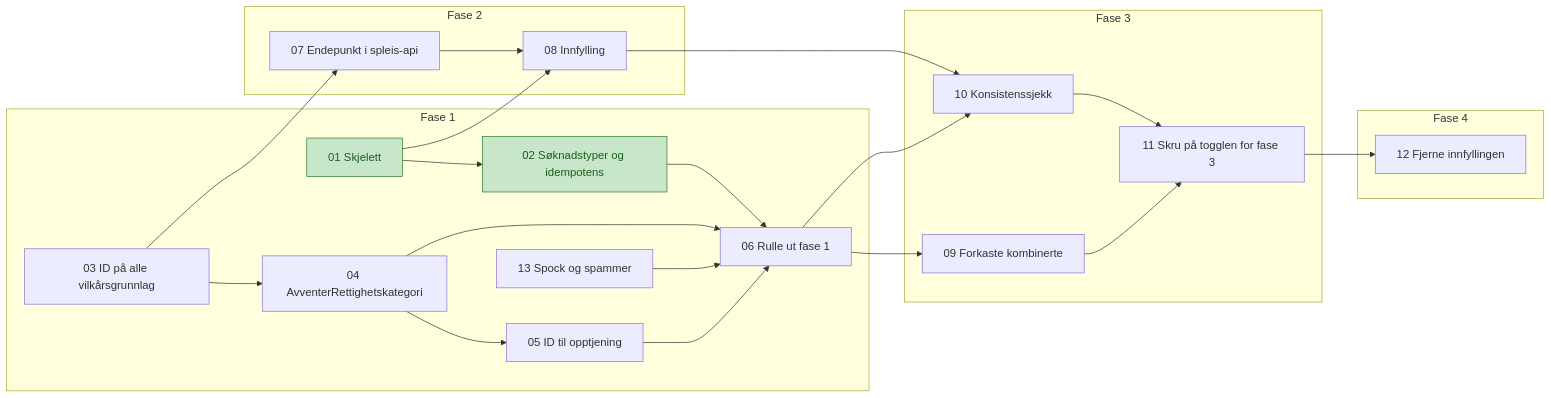
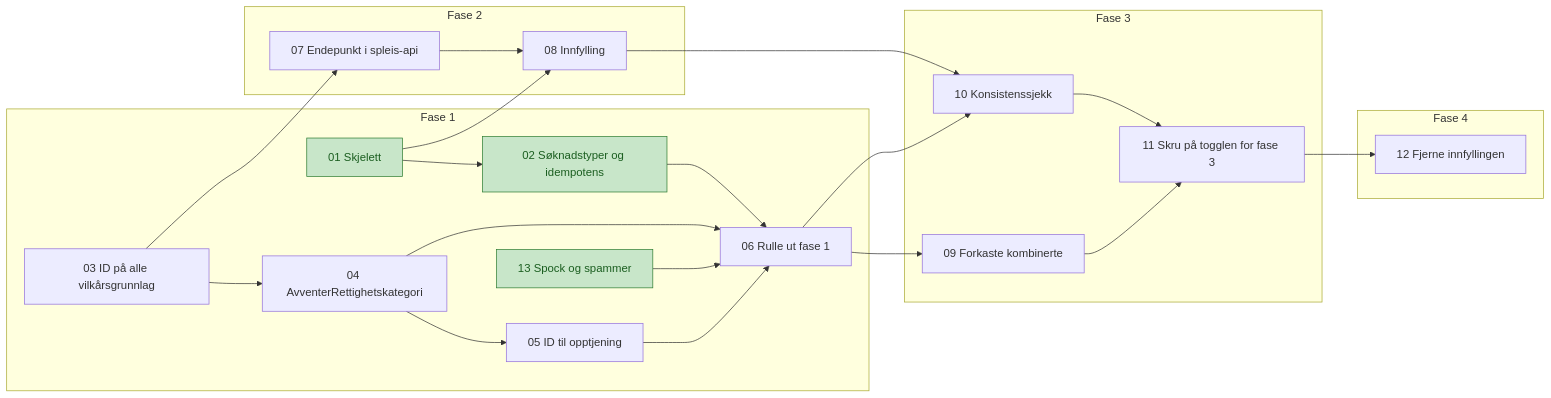
The diagram in docs/tickets/avklare-rettighetskategori/index.md (navikt/helse-sas-meta), drawn with Mermaid before and after one commit. The commit also changed other lines of this file and 1 other file, not shown here.

Commit message:
✅ Ticket 13 for rettighetskategori er ferdig

````diff
--- a/docs/tickets/avklare-rettighetskategori/index.md
+++ b/docs/tickets/avklare-rettighetskategori/index.md
@@ -21,31 +21,31 @@
 ```mermaid
 flowchart LR
     subgraph F1[Fase 1]
         T01[01 Skjelett] --> T02[02 Søknadstyper og idempotens]
         T03[03 ID på alle vilkårsgrunnlag] --> T04[04 AvventerRettighetskategori]
         T04 --> T05[05 ID til opptjening]
         T02 --> T06[06 Rulle ut fase 1]
         T04 --> T06
         T05 --> T06
         T13[13 Spock og spammer] --> T06
     end
     subgraph F2[Fase 2]
         T07[07 Endepunkt i spleis-api] --> T08[08 Innfylling]
     end
     subgraph F3[Fase 3]
         T09[09 Forkaste kombinerte] --> T11[11 Skru på togglen for fase 3]
         T10[10 Konsistenssjekk] --> T11
     end
     subgraph F4[Fase 4]
         T12[12 Fjerne innfyllingen]
     end
     T03 --> T07
     T01 --> T08
     T06 --> T09
     T06 --> T10
     T08 --> T10
     T11 --> T12
 
     classDef ferdig fill:#c8e6c9,stroke:#2e7d32,color:#1b5e20
-    class T01,T02 ferdig
+    class T01,T02,T13 ferdig
 ```
````
